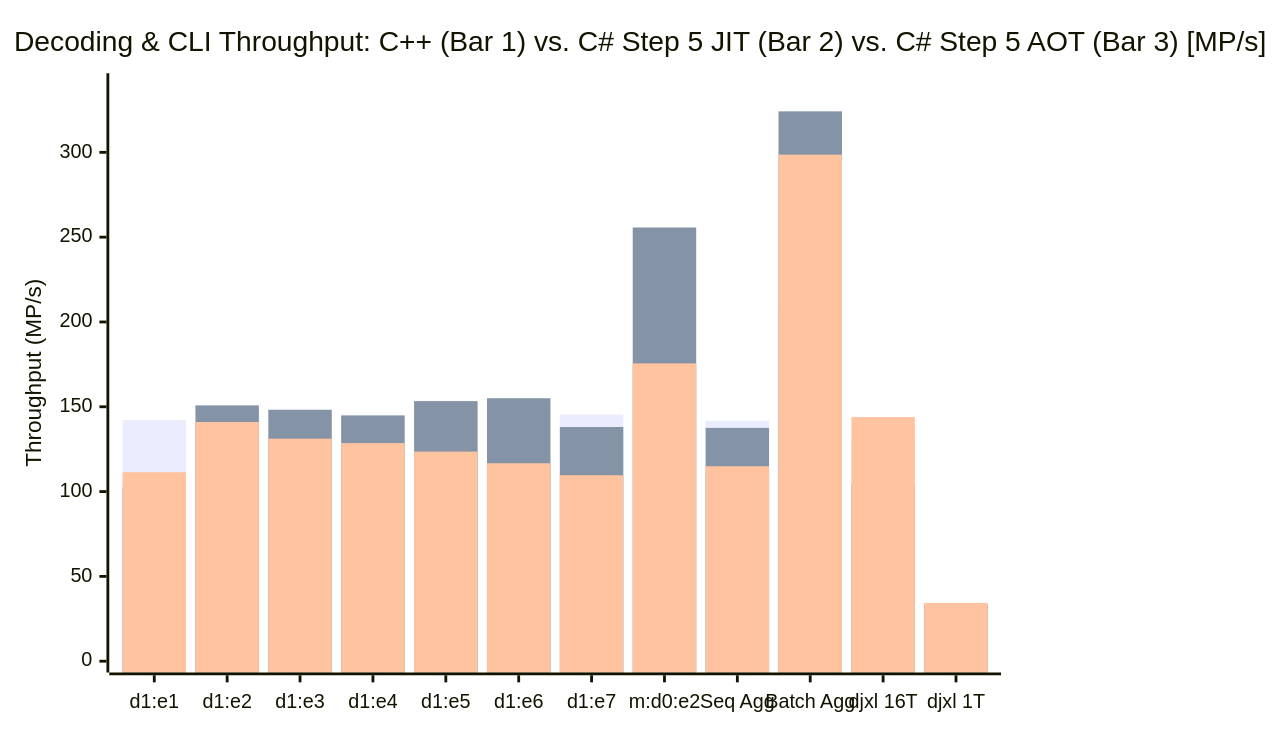
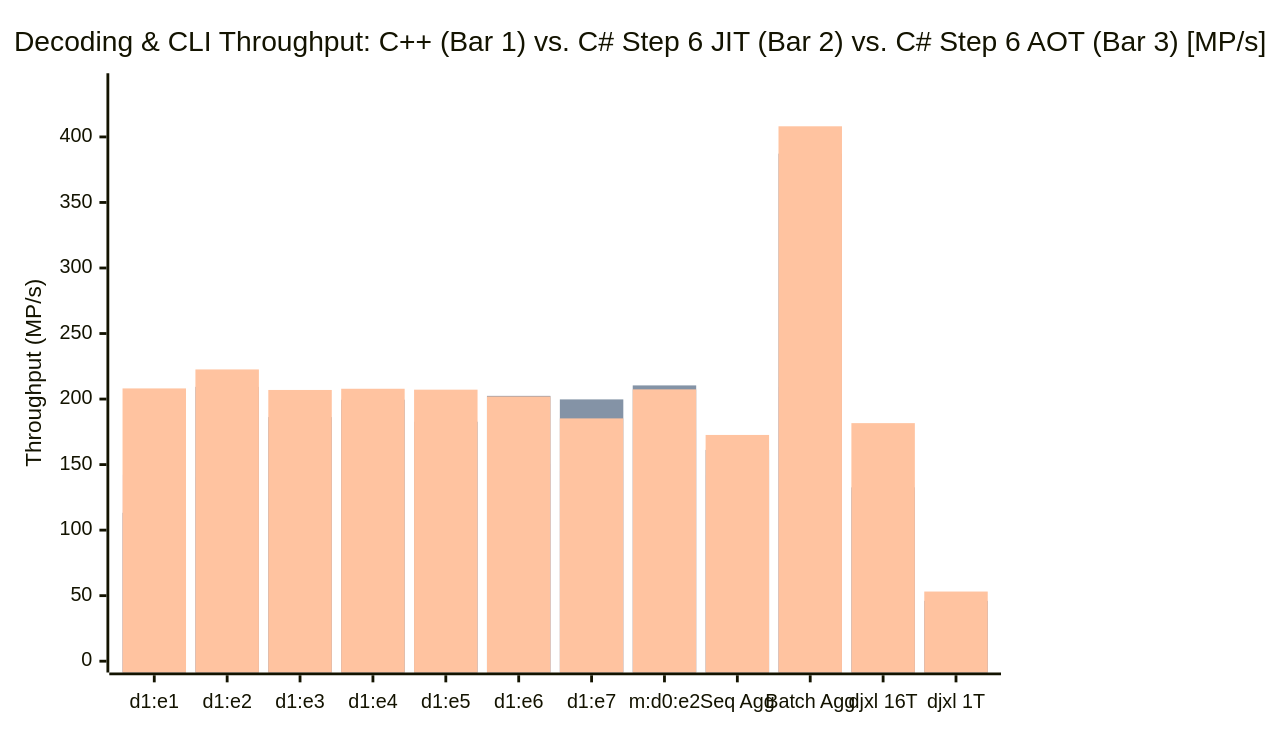
The second of 2 diagrams in benchmark.md (Hefaistos68/jxlsharp), drawn with Mermaid before and after one commit. The commit also changed other lines of this file, not shown here.

Commit message:
Update benchmark.md with Step 6 AVX2 vectorization results

````diff
--- a/benchmark.md
+++ b/benchmark.md
@@ -325,9 +399,9 @@
 ```mermaid
 xychart-beta
-    title "Decoding & CLI Throughput: C++ (Bar 1) vs. C# Step 5 JIT (Bar 2) vs. C# Step 5 AOT (Bar 3) [MP/s]"
+    title "Decoding & CLI Throughput: C++ (Bar 1) vs. C# Step 6 JIT (Bar 2) vs. C# Step 6 AOT (Bar 3) [MP/s]"
     x-axis ["d1:e1", "d1:e2", "d1:e3", "d1:e4", "d1:e5", "d1:e6", "d1:e7", "m:d0:e2", "Seq Agg", "Batch Agg", "djxl 16T", "djxl 1T"]
-    y-axis "Throughput (MP/s)" 0 --> 340
+    y-axis "Throughput (MP/s)" 0 --> 440
     bar [142.26, 140.48, 124.18, 144.88, 153.56, 150.67, 145.46, 176.28, 141.78, 209.26, 129.69, 32.93]
-    bar [102.57, 150.83, 148.25, 144.90, 153.33, 155.02, 138.07, 255.70, 137.55, 324.17, 103.92, 33.14]
-    bar [111.42, 140.99, 131.19, 128.58, 123.57, 116.69, 109.64, 175.58, 114.93, 298.64, 143.93, 34.34]
+    bar [113.21, 209.31, 186.26, 199.51, 182.72, 202.43, 199.74, 210.41, 161.19, 387.26, 132.63, 46.04]
+    bar [208.12, 222.60, 206.94, 207.86, 207.17, 201.96, 185.24, 207.39, 172.62, 408.12, 181.63, 53.14]
 ```
````
